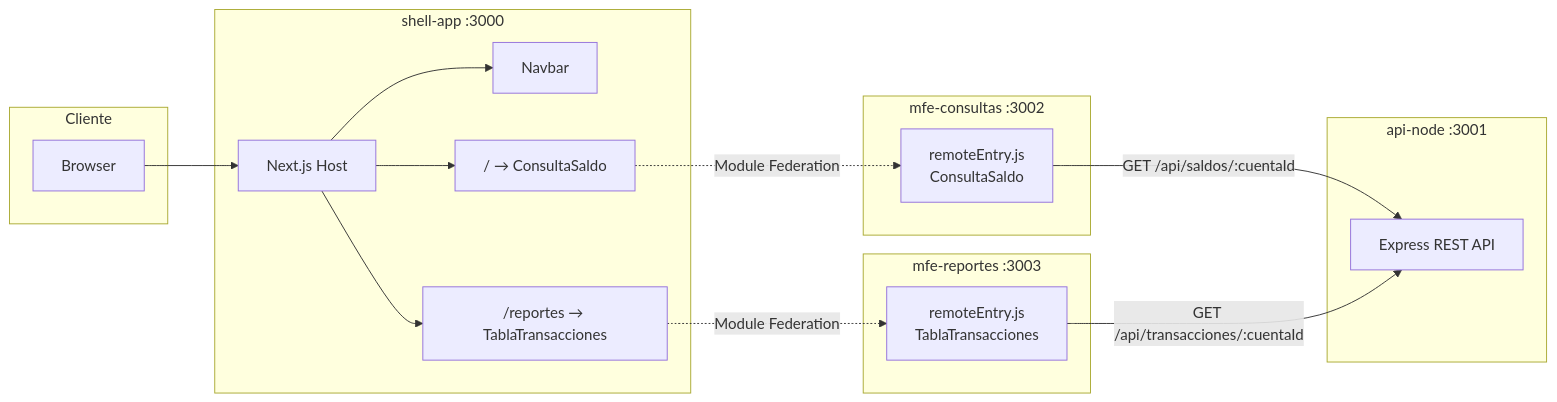
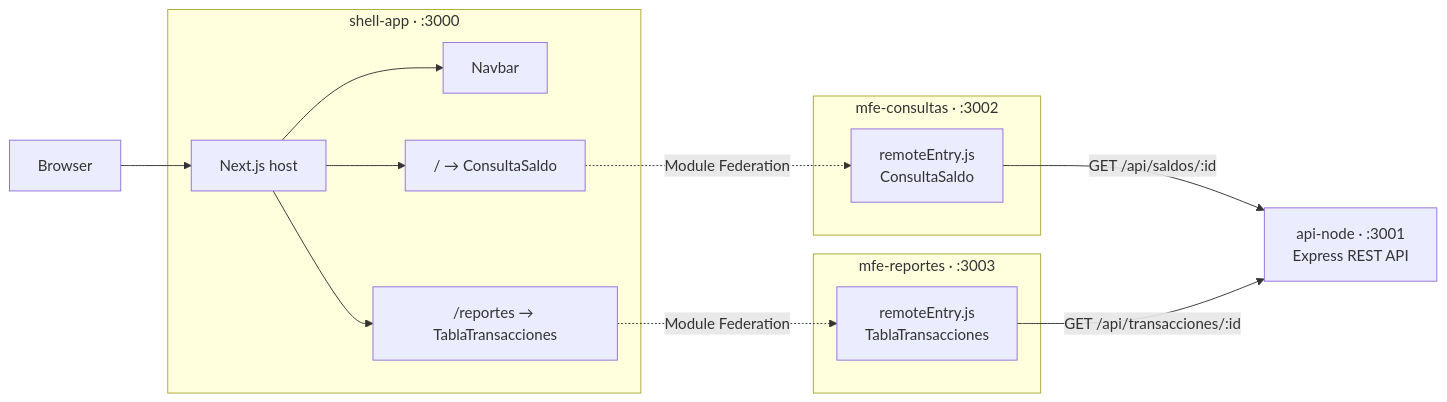
The diagram in README.md (Rxcxrdx/shell-app), drawn with Mermaid before and after one commit. The commit also changed other lines of this file, not shown here.

````diff
--- a/README.md
+++ b/README.md
@@ -7,34 +19,30 @@
 ```mermaid
 flowchart LR
-    subgraph Cliente
-        Browser[Browser]
+    Browser["Browser"]
+
+    subgraph shell["shell-app · :3000"]
+        Host["Next.js host"]
+        Nav["Navbar"]
+        Home["/ → ConsultaSaldo"]
+        Rep["/reportes → TablaTransacciones"]
     end
 
-    subgraph shell-app [shell-app :3000]
-        Shell[Next.js Host]
-        Navbar[Navbar]
-        PageHome["/ → ConsultaSaldo"]
-        PageReportes["/reportes → TablaTransacciones"]
+    subgraph consultas["mfe-consultas · :3002"]
+        RC["remoteEntry.js<br/>ConsultaSaldo"]
     end
 
-    subgraph consultas [mfe-consultas :3002]
-        RemoteConsultas[remoteEntry.js\nConsultaSaldo]
+    subgraph reportes["mfe-reportes · :3003"]
+        RR["remoteEntry.js<br/>TablaTransacciones"]
     end
 
-    subgraph reportes [mfe-reportes :3003]
-        RemoteReportes[remoteEntry.js\nTablaTransacciones]
-    end
+    API["api-node · :3001<br/>Express REST API"]
 
-    subgraph api [api-node :3001]
-        API[Express REST API]
-    end
-
-    Browser --> Shell
-    Shell --> Navbar
-    Shell --> PageHome
-    Shell --> PageReportes
-    PageHome -. Module Federation .-> RemoteConsultas
-    PageReportes -. Module Federation .-> RemoteReportes
-    RemoteConsultas -->|GET /api/saldos/:cuentaId| API
-    RemoteReportes -->|GET /api/transacciones/:cuentaId| API
+    Browser --> Host
+    Host --> Nav
+    Host --> Home
+    Host --> Rep
+    Home -. Module Federation .-> RC
+    Rep -. Module Federation .-> RR
+    RC -->|GET /api/saldos/:id| API
+    RR -->|GET /api/transacciones/:id| API
 ```
````
